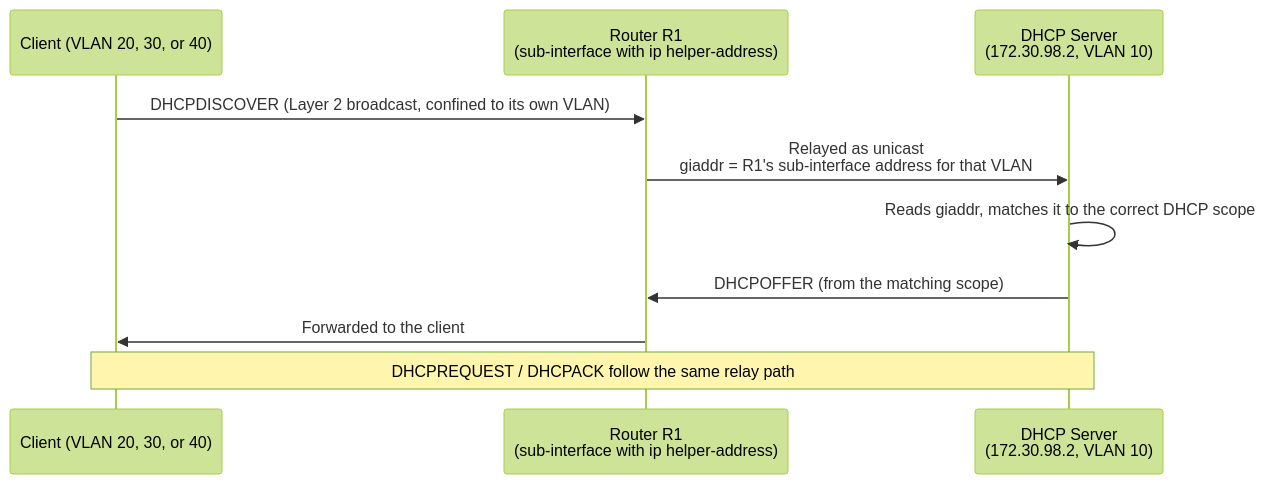
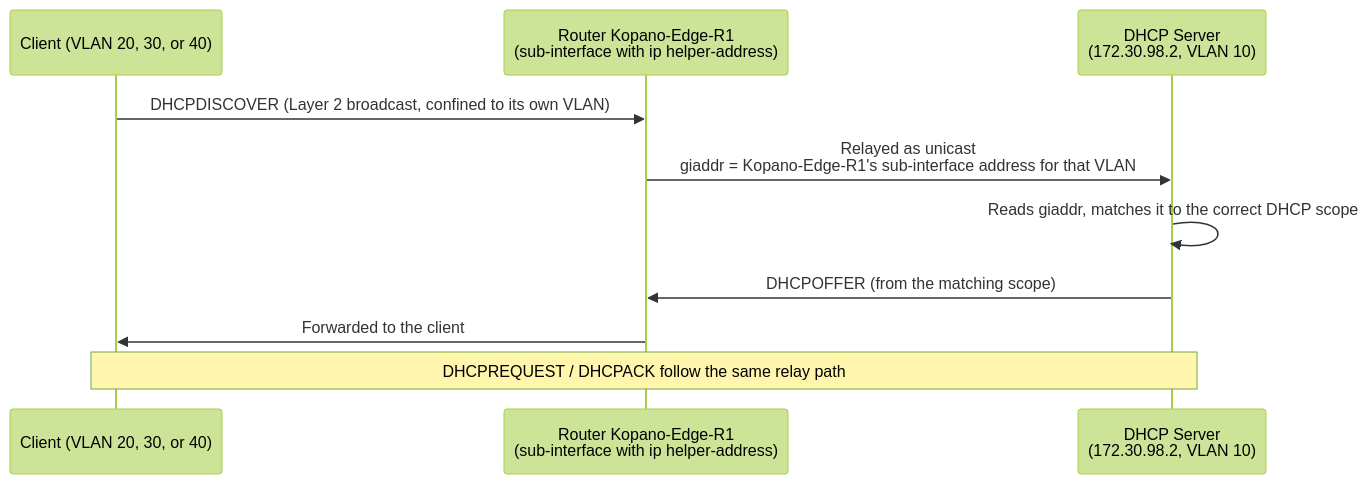
One commit to Naxisbeast/CMPG325-Kopano-Network changed the third of 3 diagrams in topology/logical-topology.md. Above: the diagram before and after it, drawn with Mermaid (forest theme). The commit also changed other lines of this file and 7 other files, not shown here.

````diff
--- a/topology/logical-topology.md
+++ b/topology/logical-topology.md
@@ -106,13 +120,13 @@
 ```mermaid
 sequenceDiagram
     participant C as Client (VLAN 20, 30, or 40)
-    participant R as Router R1<br/>(sub-interface with ip helper-address)
+    participant R as Router Kopano-Edge-R1<br/>(sub-interface with ip helper-address)
     participant D as DHCP Server<br/>(172.30.98.2, VLAN 10)
 
     C->>R: DHCPDISCOVER (Layer 2 broadcast, confined to its own VLAN)
-    R->>D: Relayed as unicast<br/>giaddr = R1's sub-interface address for that VLAN
+    R->>D: Relayed as unicast<br/>giaddr = Kopano-Edge-R1's sub-interface address for that VLAN
     D->>D: Reads giaddr, matches it to the correct DHCP scope
     D->>R: DHCPOFFER (from the matching scope)
     R->>C: Forwarded to the client
     Note over C,D: DHCPREQUEST / DHCPACK follow the same relay path
 ```
````
